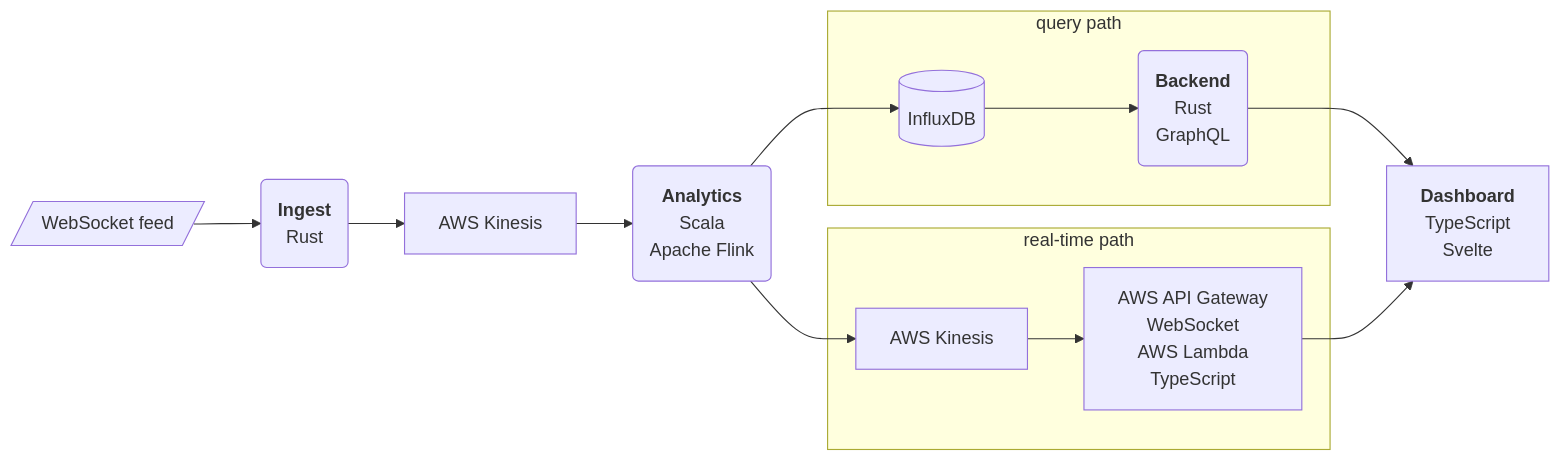
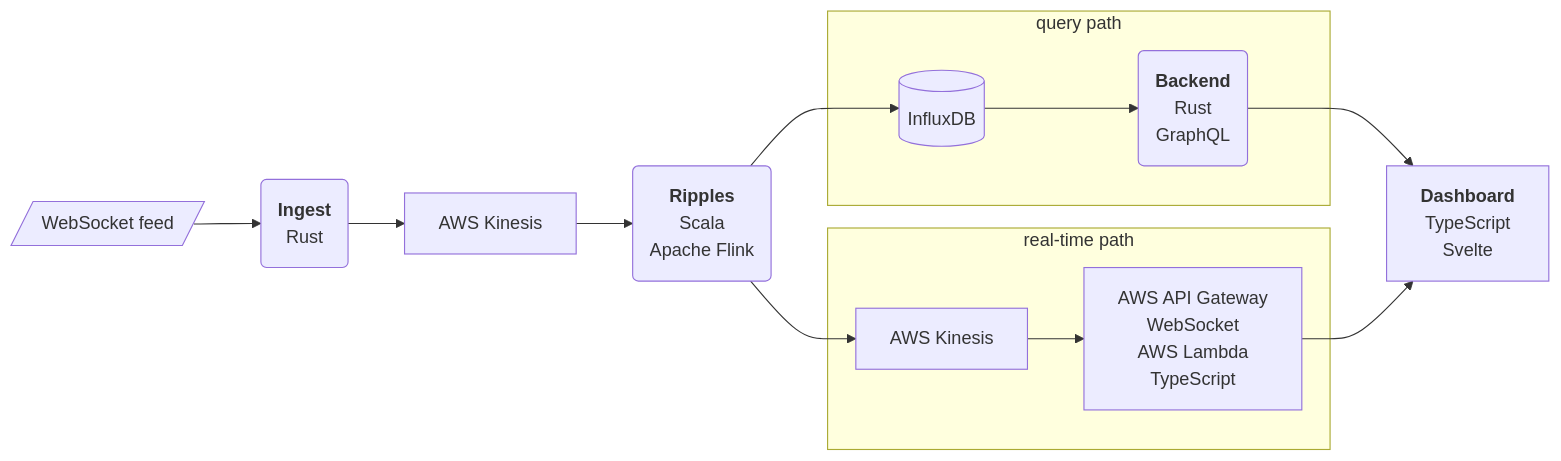
Before and after one commit to anzo-p/stream-lines: the diagram in readme.md, drawn with Mermaid. The commit also changed other lines of this file and 34 other files, not shown here.

Commit message:
ripples service rename from analytics

````diff
--- a/readme.md
+++ b/readme.md
@@ -5,37 +5,37 @@
 ```mermaid
 %%{init: {"flowchart": {"htmlLabels": false}} }%%
 flowchart LR
   alpaca[/"WebSocket feed"/]
   ingest("`**Ingest**
   Rust`")
   influxdb[(InfluxDB)]
   kinesisUpstream["AWS Kinesis"]
   kinesisDownstream["AWS Kinesis"]
-  analytics("`**Analytics**
+  ripples("`**Ripples**
   Scala
   Apache Flink`")
   backend("`**Backend**
   Rust
   GraphQL`")
   apigateway["AWS API Gateway
   WebSocket
   AWS Lambda
   TypeScript"]
   dashboard["`**Dashboard**
   TypeScript
   Svelte`"]
 
   alpaca --> ingest
   ingest --> kinesisUpstream
-  kinesisUpstream --> analytics
-    analytics --> influxdb
+  kinesisUpstream --> ripples
+    ripples --> influxdb
   subgraph "query path"
     influxdb --> backend
   end
     backend --> dashboard
-  analytics --> kinesisDownstream
+  ripples --> kinesisDownstream
   subgraph "real-time path"
     kinesisDownstream --> apigateway
   end
   apigateway --> dashboard
 ```
````
